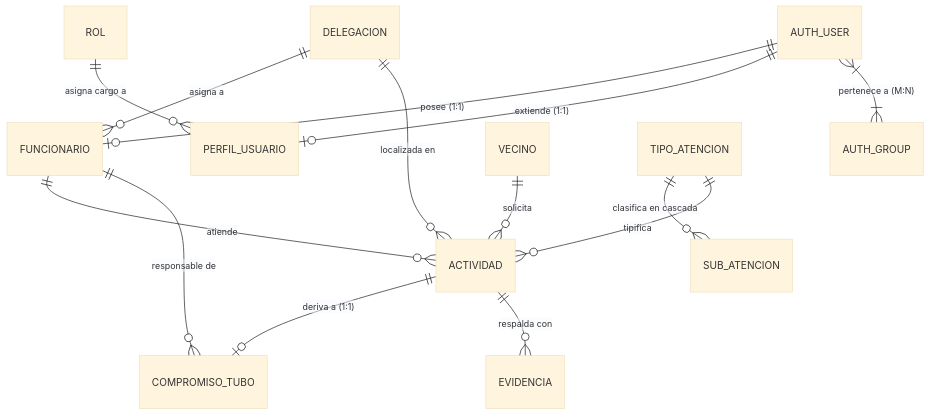
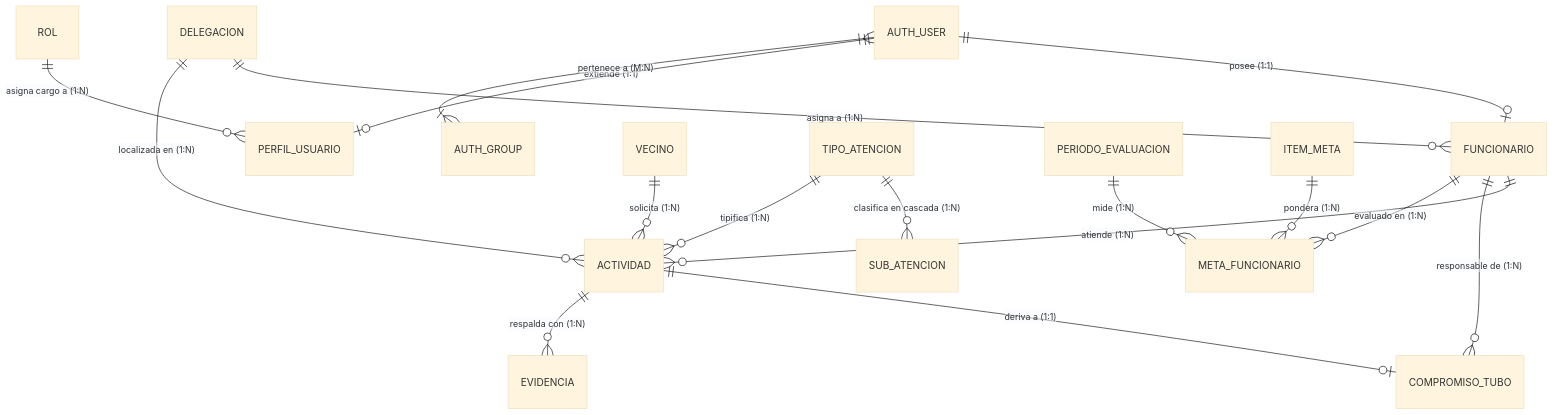
Before and after one commit to iScreamyy6/Backend: the second of 4 diagrams in README.md, drawn with Mermaid (base theme). The commit also changed other lines of this file and 4 other files, not shown here.

````diff
--- a/README.md
+++ b/README.md
@@ -260,16 +316,19 @@
 ```mermaid
 erDiagram
     AUTH_USER ||--o| FUNCIONARIO : "posee (1:1)"
     AUTH_USER ||--o| PERFIL_USUARIO : "extiende (1:1)"
     AUTH_USER }|--|{ AUTH_GROUP : "pertenece a (M:N)"
-    DELEGACION ||--o{ FUNCIONARIO : "asigna a"
-    DELEGACION ||--o{ ACTIVIDAD : "localizada en"
-    ROL ||--o{ PERFIL_USUARIO : "asigna cargo a"
-    VECINO ||--o{ ACTIVIDAD : "solicita"
-    TIPO_ATENCION ||--o{ SUB_ATENCION : "clasifica en cascada"
-    TIPO_ATENCION ||--o{ ACTIVIDAD : "tipifica"
-    FUNCIONARIO ||--o{ ACTIVIDAD : "atiende"
+    DELEGACION ||--o{ FUNCIONARIO : "asigna a (1:N)"
+    DELEGACION ||--o{ ACTIVIDAD : "localizada en (1:N)"
+    ROL ||--o{ PERFIL_USUARIO : "asigna cargo a (1:N)"
+    VECINO ||--o{ ACTIVIDAD : "solicita (1:N)"
+    TIPO_ATENCION ||--o{ SUB_ATENCION : "clasifica en cascada (1:N)"
+    TIPO_ATENCION ||--o{ ACTIVIDAD : "tipifica (1:N)"
+    FUNCIONARIO ||--o{ ACTIVIDAD : "atiende (1:N)"
     ACTIVIDAD ||--o| COMPROMISO_TUBO : "deriva a (1:1)"
-    ACTIVIDAD ||--o{ EVIDENCIA : "respalda con"
-    FUNCIONARIO ||--o{ COMPROMISO_TUBO : "responsable de"
+    ACTIVIDAD ||--o{ EVIDENCIA : "respalda con (1:N)"
+    FUNCIONARIO ||--o{ COMPROMISO_TUBO : "responsable de (1:N)"
+    PERIODO_EVALUACION ||--o{ META_FUNCIONARIO : "mide (1:N)"
+    ITEM_META ||--o{ META_FUNCIONARIO : "pondera (1:N)"
+    FUNCIONARIO ||--o{ META_FUNCIONARIO : "evaluado en (1:N)"
 ```
````
